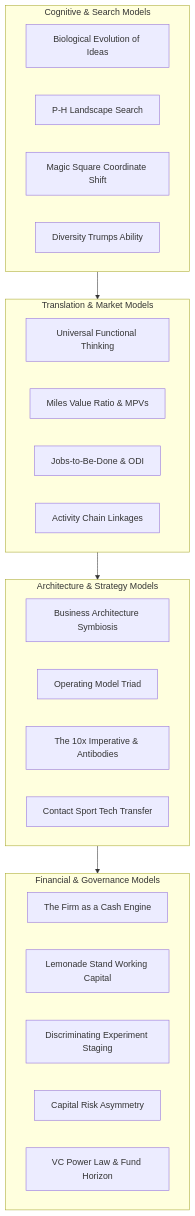
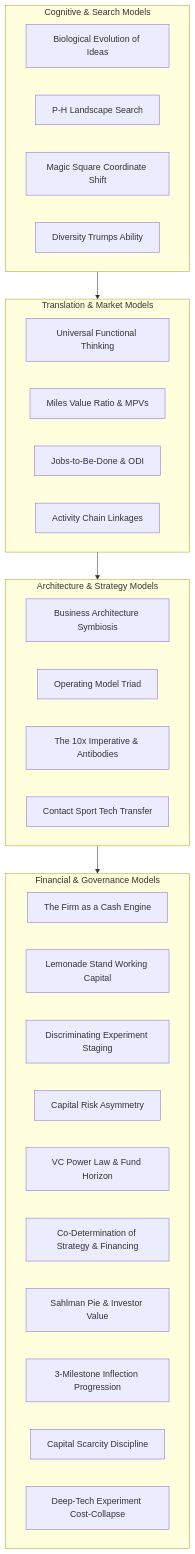
One commit to nghuyenthevinh2000/innovation-research changed the diagram in vite-book/mental-models/mental-models-catalog.md. Above: the diagram before and after it, drawn with Mermaid. The commit also changed other lines of this file and 20 other files, not shown here.

````diff
--- a/vite-book/mental-models/mental-models-catalog.md
+++ b/vite-book/mental-models/mental-models-catalog.md
@@ -11,33 +11,38 @@
 ```mermaid
 flowchart TD
     subgraph Search["Cognitive & Search Models"]
         M1["Biological Evolution of Ideas"]
         M2["P-H Landscape Search"]
         M3["Magic Square Coordinate Shift"]
         M4["Diversity Trumps Ability"]
     end
 
     subgraph Translation["Translation & Market Models"]
         M5["Universal Functional Thinking"]
         M6["Miles Value Ratio & MPVs"]
         M7["Jobs-to-Be-Done & ODI"]
         M8["Activity Chain Linkages"]
     end
 
     subgraph Architecture["Architecture & Strategy Models"]
         M9["Business Architecture Symbiosis"]
         M10["Operating Model Triad"]
         M11["The 10x Imperative & Antibodies"]
         M12["Contact Sport Tech Transfer"]
     end
 
     subgraph Financial["Financial & Governance Models"]
         M13["The Firm as a Cash Engine"]
         M14["Lemonade Stand Working Capital"]
         M15["Discriminating Experiment Staging"]
         M16["Capital Risk Asymmetry"]
         M17["VC Power Law & Fund Horizon"]
+        M18["Co-Determination of Strategy & Financing"]
+        M19["Sahlman Pie & Investor Value"]
+        M20["3-Milestone Inflection Progression"]
+        M21["Capital Scarcity Discipline"]
+        M22["Deep-Tech Experiment Cost-Collapse"]
     end
 
     Search --> Translation --> Architecture --> Financial
 ```
````
